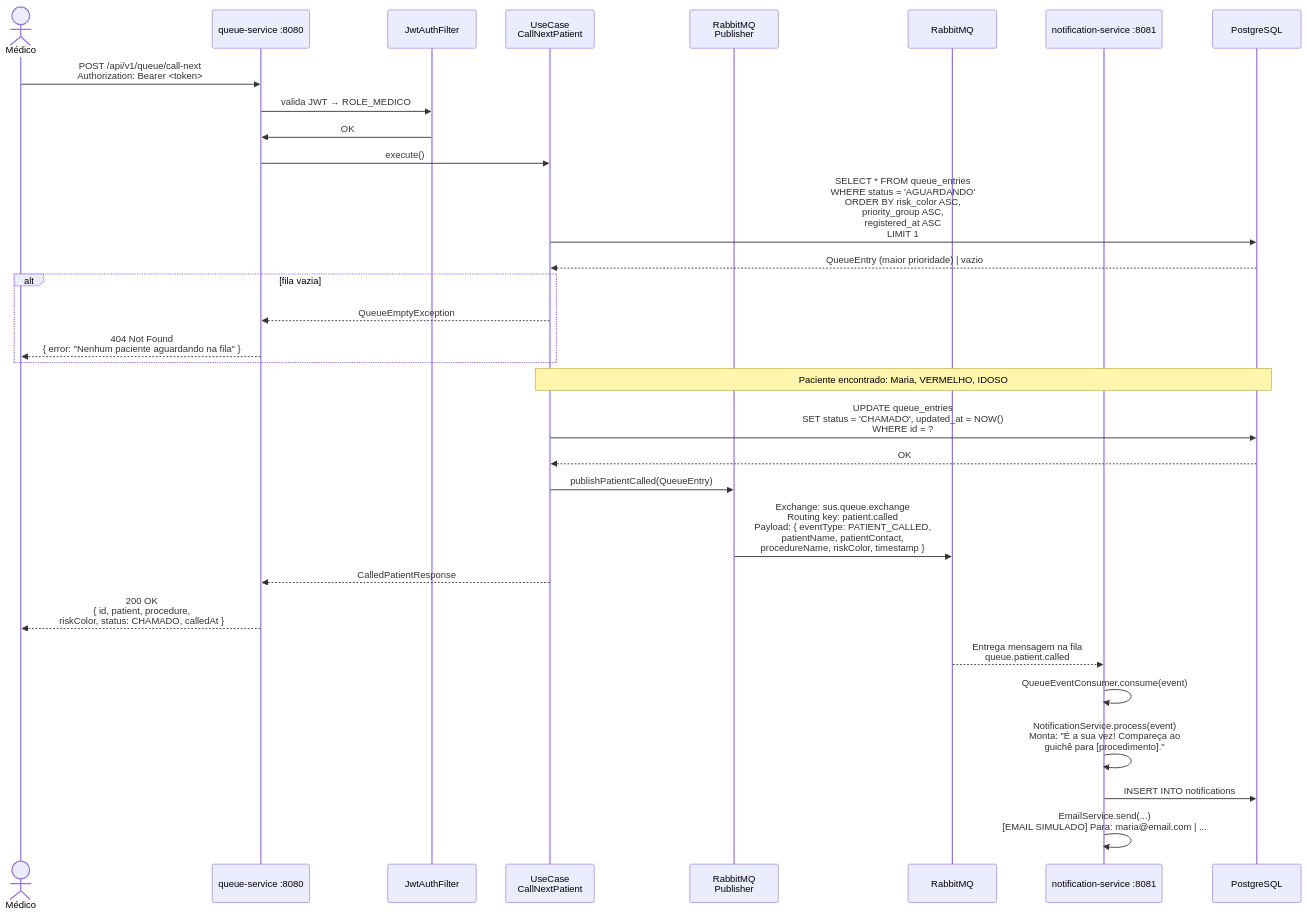
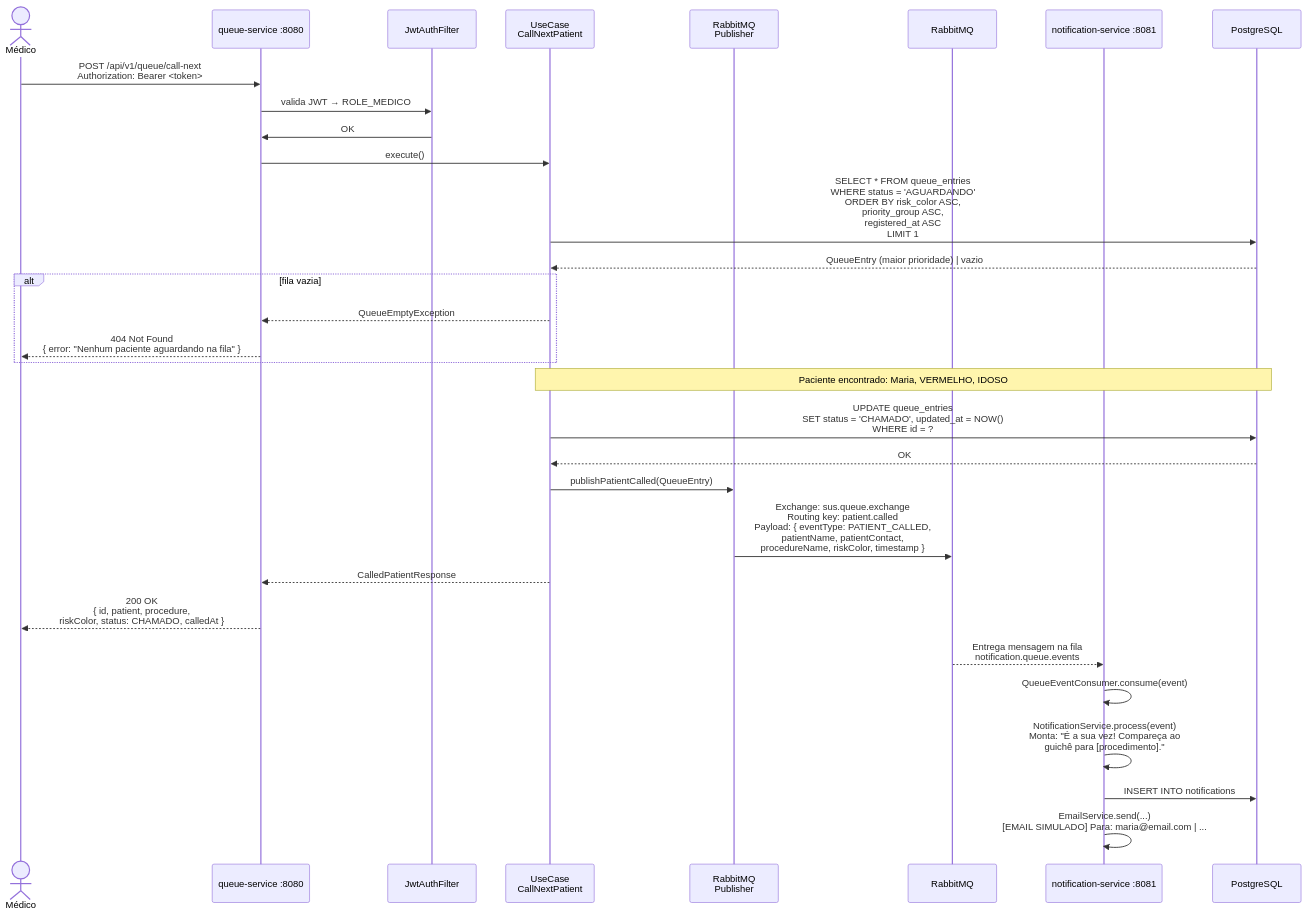
One commit to LucasBruner/Morbus changed the fifth of 13 diagrams in docs/sequencias-diagrama.md. Above: the diagram before and after it, drawn with Mermaid. The commit also changed other lines of this file and 3 other files, not shown here.

````diff
--- a/docs/sequencias-diagrama.md
+++ b/docs/sequencias-diagrama.md
@@ -195,44 +195,44 @@
 ```mermaid
 sequenceDiagram
     actor Medico as Médico
     participant QS as queue-service :8080
     participant Filter as JwtAuthFilter
     participant UC as UseCase<br/>CallNextPatient
     participant Publisher as RabbitMQ<br/>Publisher
     participant MQ as RabbitMQ
     participant NS as notification-service :8081
     participant DB as PostgreSQL
 
     Medico->>QS: POST /api/v1/queue/call-next<br/>Authorization: Bearer <token>
 
     QS->>Filter: valida JWT → ROLE_MEDICO
     Filter->>QS: OK
 
     QS->>UC: execute()
 
     UC->>DB: SELECT * FROM queue_entries<br/>WHERE status = 'AGUARDANDO'<br/>ORDER BY risk_color ASC,<br/>priority_group ASC,<br/>registered_at ASC<br/>LIMIT 1
     DB-->>UC: QueueEntry (maior prioridade) | vazio
 
     alt fila vazia
         UC-->>QS: QueueEmptyException
         QS-->>Medico: 404 Not Found<br/>{ error: "Nenhum paciente aguardando na fila" }
     end
 
     Note over UC,DB: Paciente encontrado: Maria, VERMELHO, IDOSO
 
     UC->>DB: UPDATE queue_entries<br/>SET status = 'CHAMADO', updated_at = NOW()<br/>WHERE id = ?
     DB-->>UC: OK
 
     UC->>Publisher: publishPatientCalled(QueueEntry)
     Publisher->>MQ: Exchange: sus.queue.exchange<br/>Routing key: patient.called<br/>Payload: { eventType: PATIENT_CALLED,<br/>patientName, patientContact,<br/>procedureName, riskColor, timestamp }
 
     UC-->>QS: CalledPatientResponse
     QS-->>Medico: 200 OK<br/>{ id, patient, procedure,<br/>riskColor, status: CHAMADO, calledAt }
 
-    MQ-->>NS: Entrega mensagem na fila<br/>queue.patient.called
+    MQ-->>NS: Entrega mensagem na fila<br/>notification.queue.events
 
     NS->>NS: QueueEventConsumer.consume(event)
     NS->>NS: NotificationService.process(event)<br/>Monta: "É a sua vez! Compareça ao<br/>guichê para [procedimento]."
     NS->>DB: INSERT INTO notifications
     NS->>NS: EmailService.send(...)<br/>[EMAIL SIMULADO] Para: maria@email.com | ...
 ```
````
